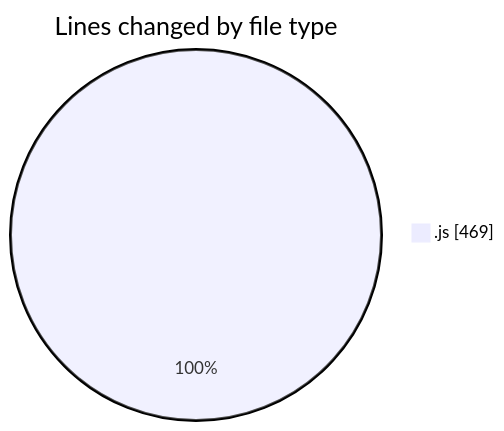
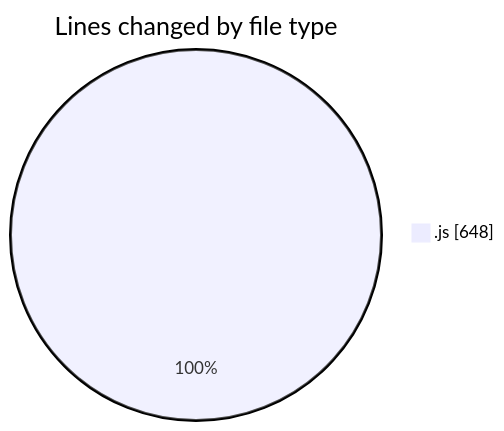
The first of 2 diagrams in 2025-07-28/javascript/README.md (Ritupan-Deka/code-tracking), drawn with Mermaid before and after one commit. The commit also changed other lines of this file and 1 other file, not shown here.

````diff
--- a/2025-07-28/javascript/README.md
+++ b/2025-07-28/javascript/README.md
@@ -20,5 +20,5 @@
 ```mermaid
 pie showData
 title Lines changed by file type
-".js" : 469
+".js" : 648
 ```
````
